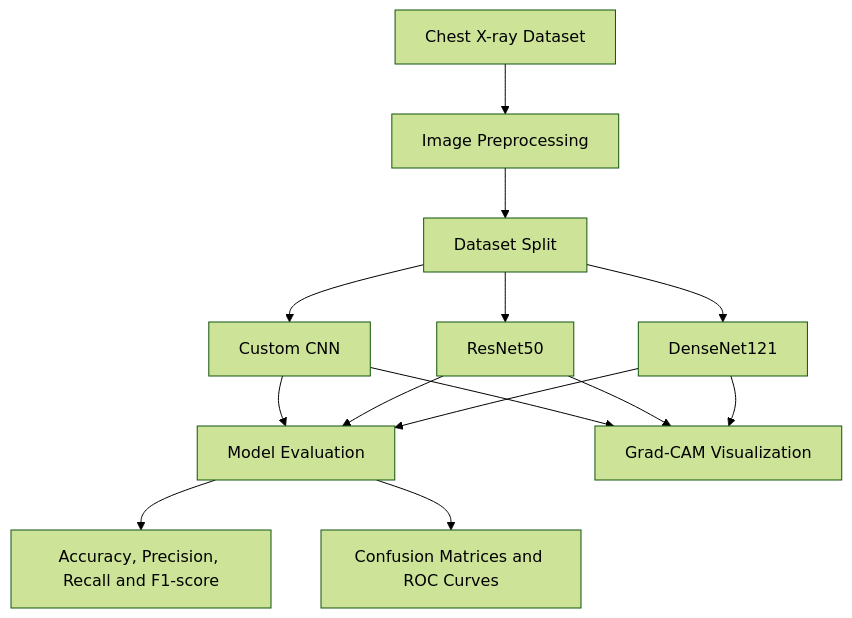
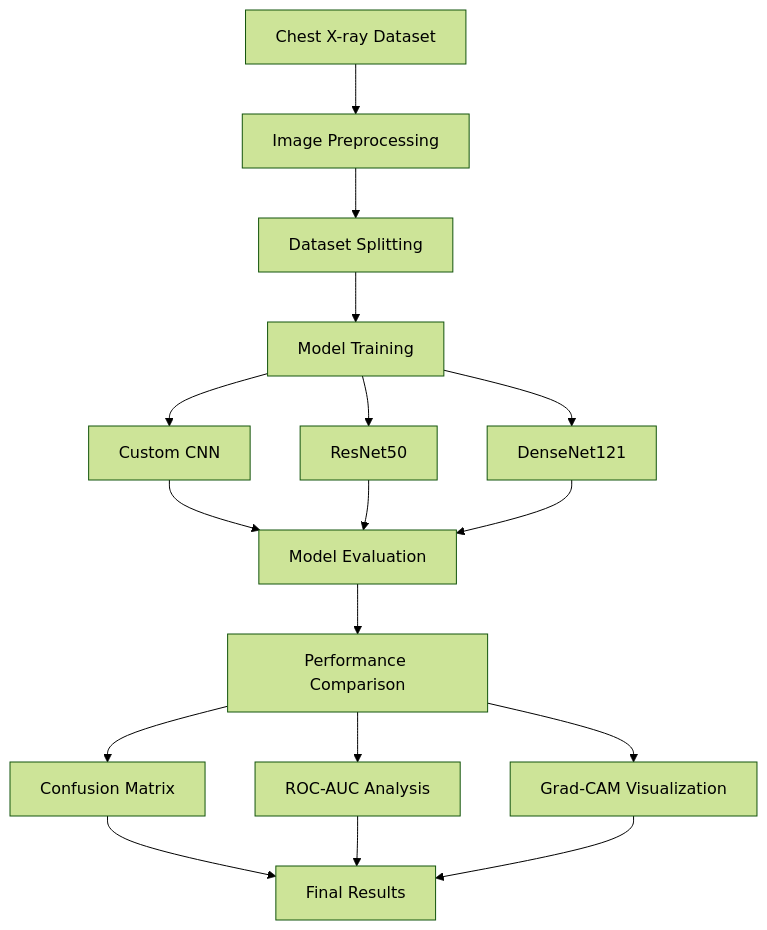
One commit to santhoshmadhavan016-ops/Advanced-COVID19-Detection-CNN changed the diagram in README.md. Above: the diagram before and after it, drawn with Mermaid (forest theme). The commit also changed other lines of this file, not shown here.

Commit message:
Add model comparison images to README

````diff
--- a/README.md
+++ b/README.md
@@ -95,16 +98,19 @@
 ```mermaid
 flowchart TD
-    A[Chest X-ray Dataset] --> B[Image Preprocessing]
-    B --> C[Dataset Split]
-    C --> D1[Custom CNN]
-    C --> D2[ResNet50]
-    C --> D3[DenseNet121]
-    D1 --> E[Model Evaluation]
-    D2 --> E
-    D3 --> E
-    E --> F[Accuracy, Precision, Recall and F1-score]
-    E --> G[Confusion Matrices and ROC Curves]
-    D1 --> H[Grad-CAM Visualization]
-    D2 --> H
-    D3 --> H
+    A["Chest X-ray Dataset"] --> B["Image Preprocessing"]
+    B --> C["Dataset Splitting"]
+    C --> D["Model Training"]
+    D --> E["Custom CNN"]
+    D --> F["ResNet50"]
+    D --> G["DenseNet121"]
+    E --> H["Model Evaluation"]
+    F --> H
+    G --> H
+    H --> I["Performance Comparison"]
+    I --> J["Confusion Matrix"]
+    I --> K["ROC-AUC Analysis"]
+    I --> L["Grad-CAM Visualization"]
+    J --> M["Final Results"]
+    K --> M
+    L --> M
 ```
````
